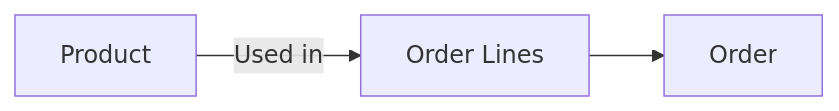
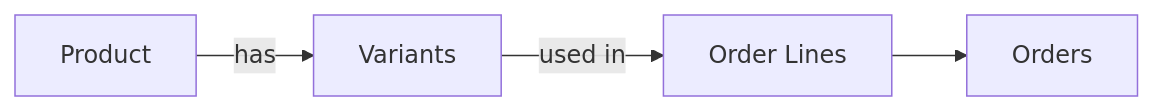
Before and after one commit to Pollinate-Core/docs: the first of 2 diagrams in guides/products.mdx, drawn with Mermaid. The commit also changed other lines of this file and 7 other files, not shown here.

````diff
--- a/guides/products.mdx
+++ b/guides/products.mdx
@@ -89,5 +185,6 @@
 ```mermaid
 graph LR
-    A[Product] -->|Used in| B[Order Lines]
-    B --> C[Order]
+    Product[Product] -->|has| Variants[Variants]
+    Variants -->|used in| OrderLines[Order Lines]
+    OrderLines --> Orders[Orders]
 ```
````
